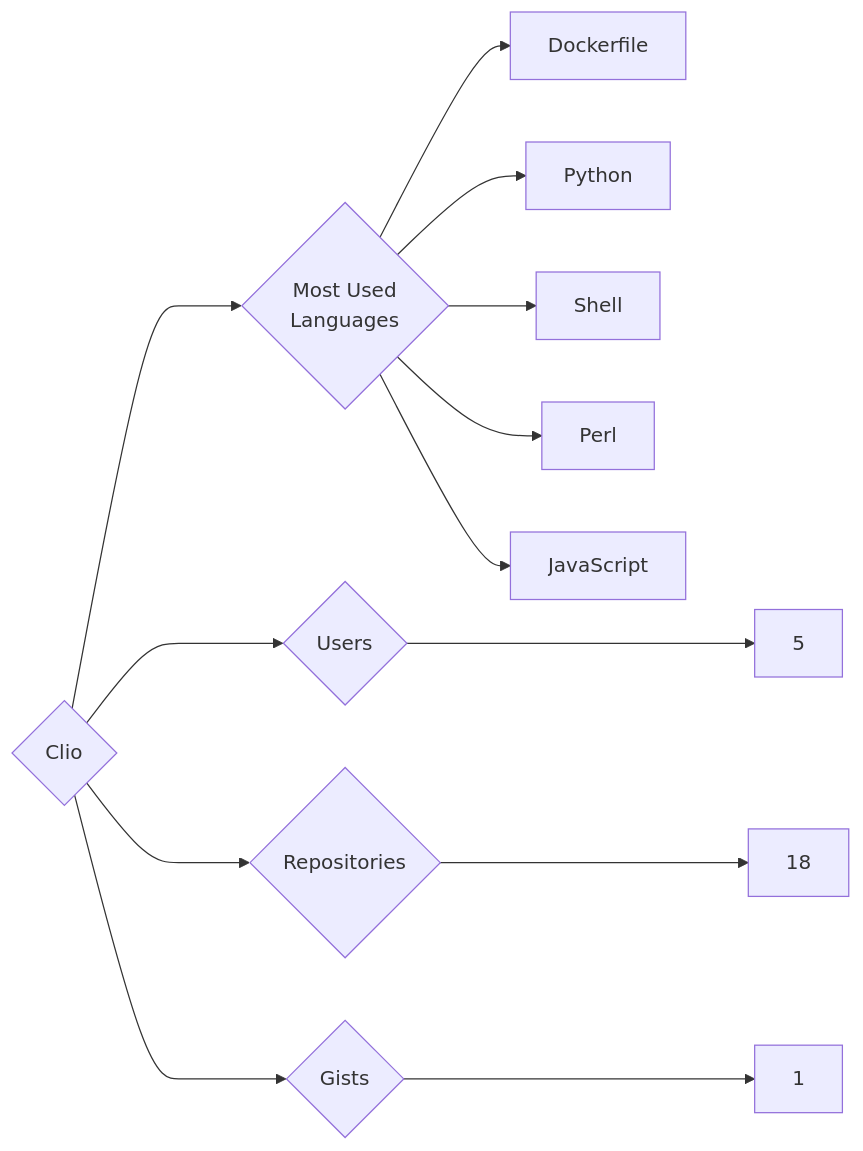
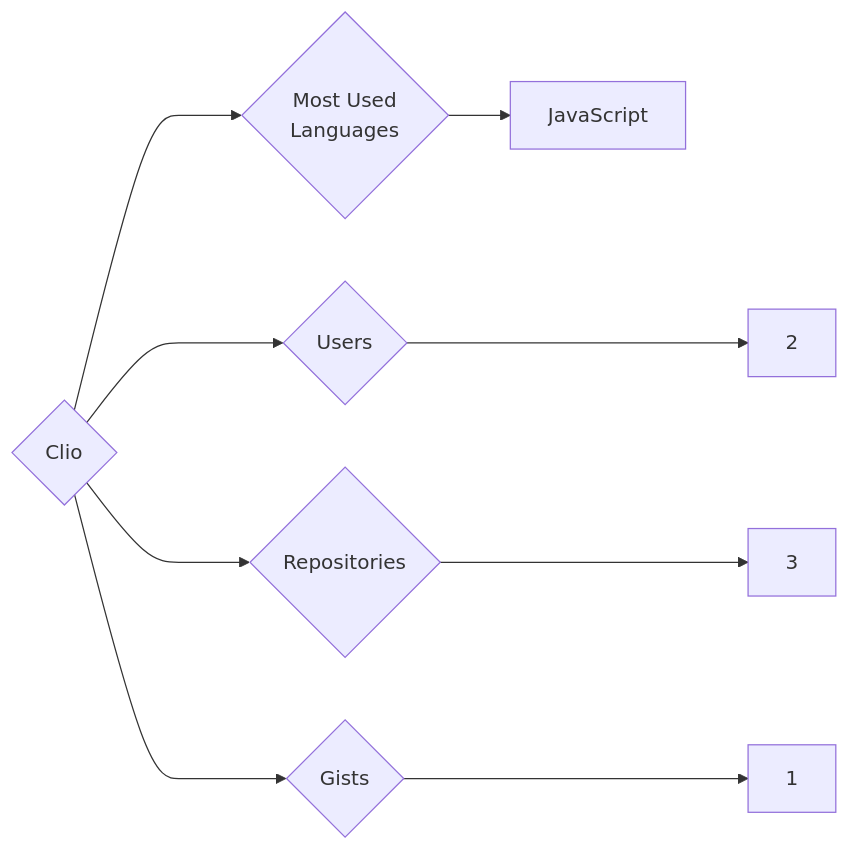
Before and after one commit to trickest/insiders: the diagram in targets/Clio/README.md, drawn with Mermaid. The commit also changed 1212 other files, not shown here.

````diff
--- a/targets/Clio/README.md
+++ b/targets/Clio/README.md
@@ -3,13 +3,9 @@
 ```mermaid
 graph LR
 COMPANY_NAME{Clio}
-COMPANY_NAME ---> U{Users} ---> UN[5]
-COMPANY_NAME ---> R{Repositories} ---> RN[18]
+COMPANY_NAME ---> U{Users} ---> UN[2]
+COMPANY_NAME ---> R{Repositories} ---> RN[3]
 COMPANY_NAME ---> G{Gists} ---> GN[1]
 COMPANY_NAME ---> ML{Most Used<br>Languages}
-ML --> Dockerfile[Dockerfile]
-ML --> Python[Python]
-ML --> Shell[Shell]
-ML --> Perl[Perl]
 ML --> JavaScript[JavaScript]
 ```
````
